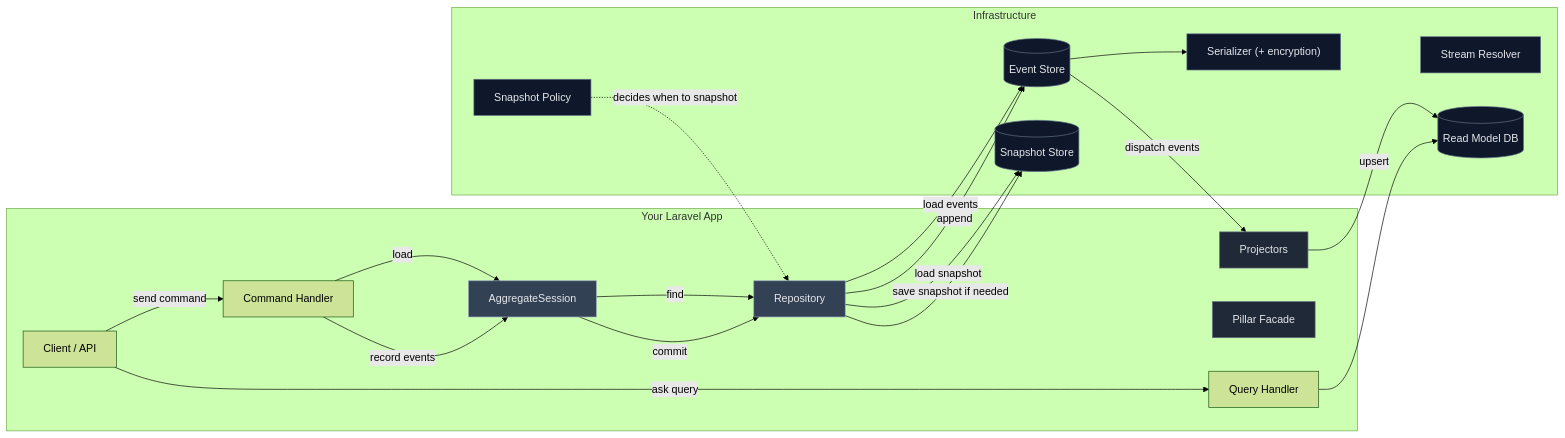
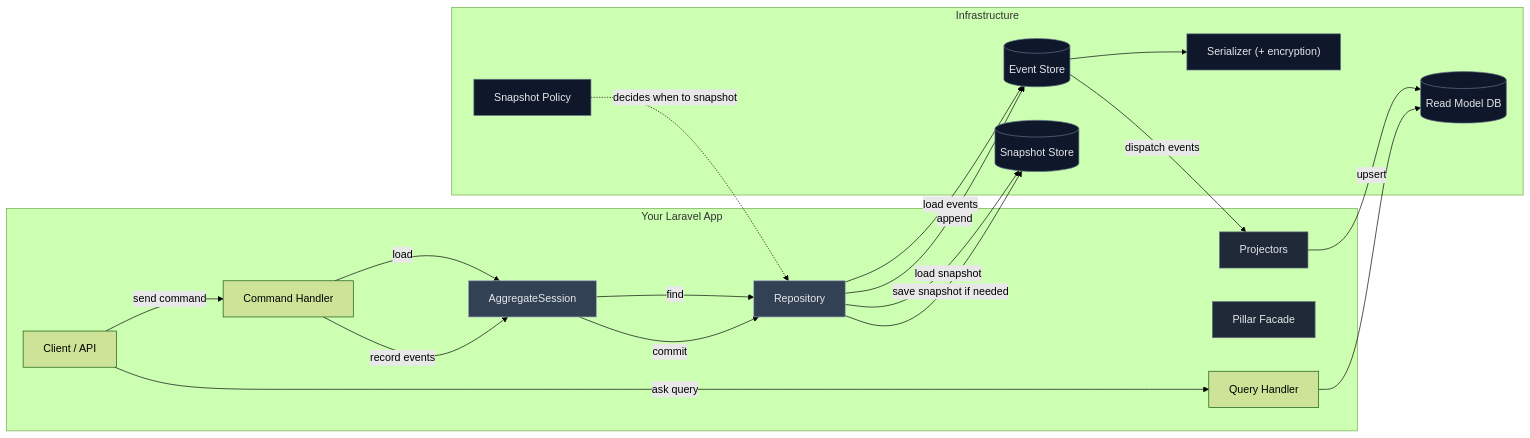
One commit to edvin/pillar changed the diagram in docs/architecture/overview.md. Above: the diagram before and after it, drawn with Mermaid (forest theme). The commit also changed other lines of this file and 11 other files, not shown here.

````diff
--- a/docs/architecture/overview.md
+++ b/docs/architecture/overview.md
@@ -5,48 +5,47 @@
 ```mermaid
 flowchart LR
   subgraph App["Your Laravel App"]
     U["Client / API"]
     CH["Command Handler"]
     QH["Query Handler"]
     F["Pillar Facade"]
     S["AggregateSession"]
     R["Repository"]
     PJ["Projectors"]
   end
 
   subgraph Infra["Infrastructure"]
     ES[(Event Store)]
     SS[(Snapshot Store)]
     SP["Snapshot Policy"]
-    SR["Stream Resolver"]
     SER["Serializer (+ encryption)"]
     DB[(Read Model DB)]
   end
 
   %% Command flow
   U -->|send command| CH
   CH -->|load| S
   S -->|find| R
   R -->|load snapshot| SS
   R -->|load events| ES
   ES --> SER
   CH -->|record events| S
   S -->|commit| R
   R -->|append| ES
   ES -->|dispatch events| PJ
   PJ -->|upsert| DB
   SP -. decides when to snapshot .-> R
   R -->|save snapshot if needed| SS
 
   %% Query flow
   U -->|ask query| QH
   QH --> DB
 
   classDef core fill:#334155,stroke:#94a3b8,color:#e5e7eb
   classDef infra fill:#0f172a,stroke:#64748b,color:#e5e7eb
   classDef secondary fill:#1f2937,stroke:#6b7280,color:#e5e7eb
 
   class S,R core
-  class ES,SS,SP,SR,SER,DB infra
+  class ES,SS,SP,SER,DB infra
   class F,PJ secondary
 ```
````
